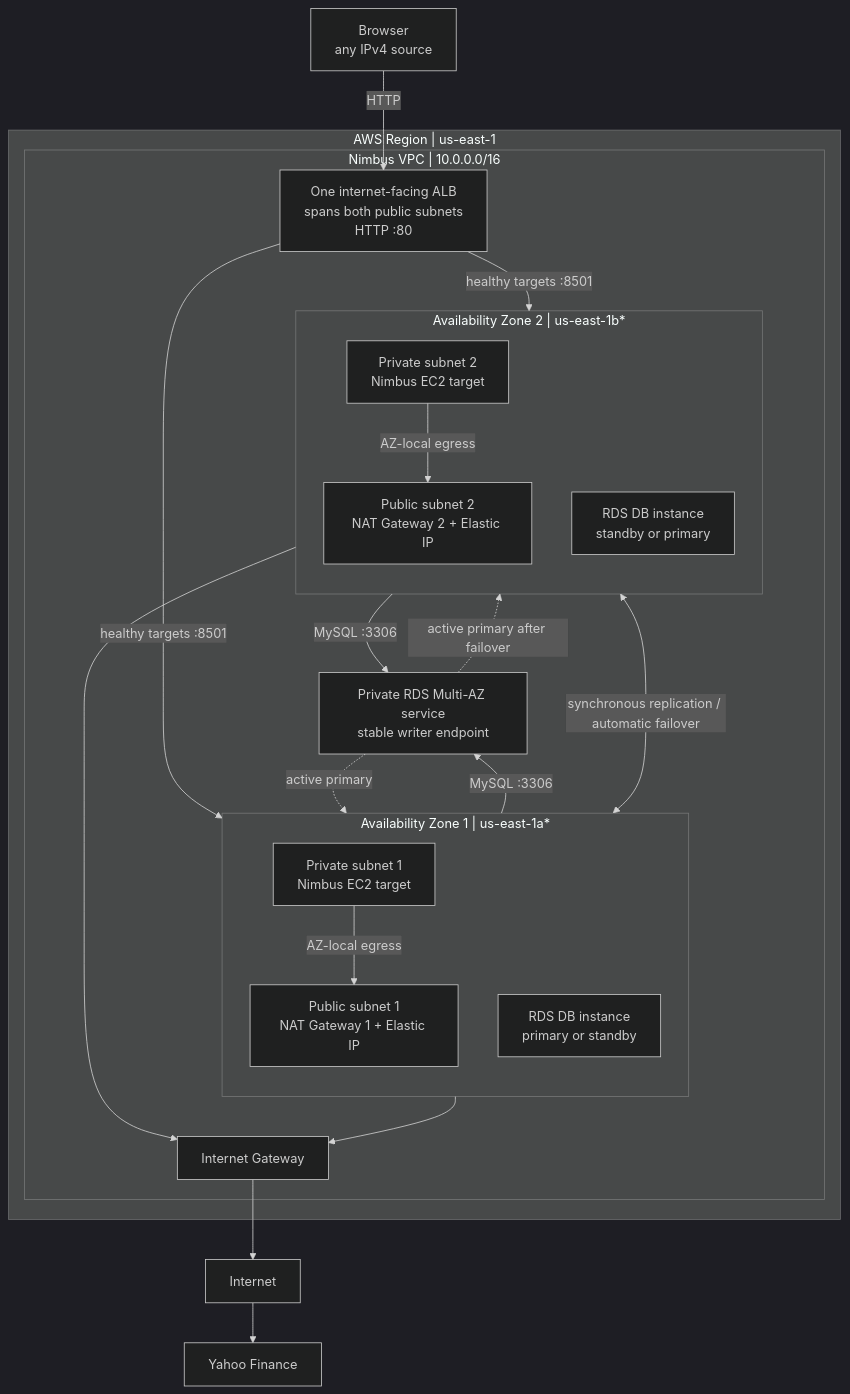
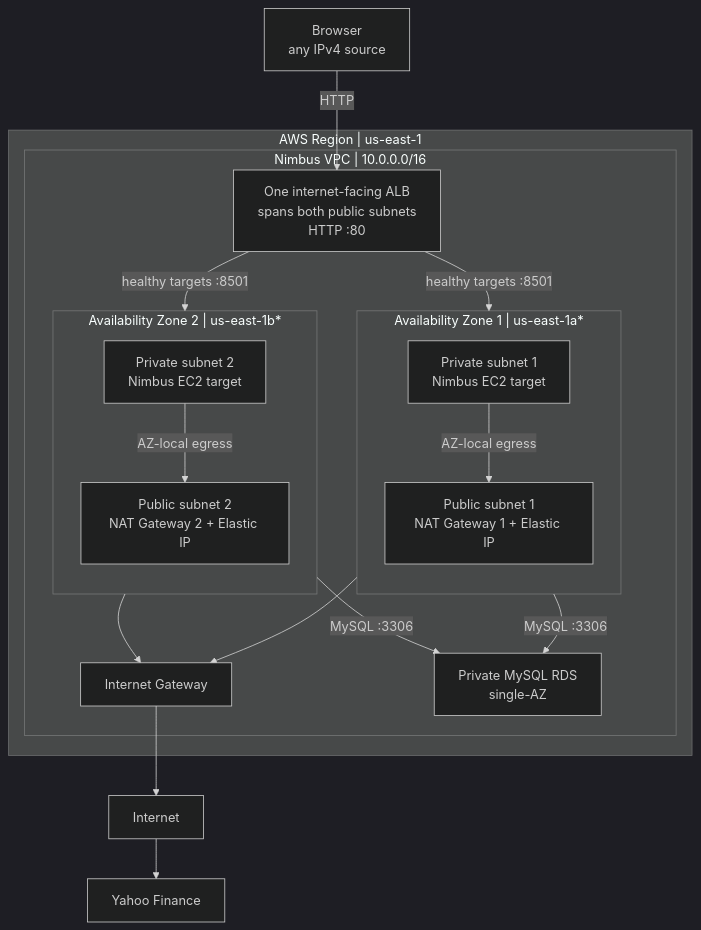
Before and after one commit to zihaow17/nimbus-app-ds600g5: the diagram in README.md, drawn with Mermaid (dark theme). The commit also changed other lines of this file and 1 other file, not shown here.

````diff
--- a/README.md
+++ b/README.md
@@ -22,44 +22,39 @@
 ```mermaid
 flowchart TB
     Client["Browser<br/>any IPv4 source"]
     Internet["Internet"]
     Yahoo["Yahoo Finance"]
 
     subgraph AWS["AWS Region | us-east-1"]
         subgraph VPC["Nimbus VPC | 10.0.0.0/16"]
             IGW["Internet Gateway"]
             ALB["One internet-facing ALB<br/>spans both public subnets<br/>HTTP :80"]
-            RDS["Private RDS Multi-AZ service<br/>stable writer endpoint"]
+            RDS["Private MySQL RDS<br/>single-AZ"]
 
             subgraph AZ1["Availability Zone 1 | us-east-1a*"]
                 direction TB
                 Pub1["Public subnet 1<br/>NAT Gateway 1 + Elastic IP"]
                 Priv1["Private subnet 1<br/>Nimbus EC2 target"]
-                DBInstance1["RDS DB instance<br/>primary or standby"]
             end
 
             subgraph AZ2["Availability Zone 2 | us-east-1b*"]
                 direction TB
                 Pub2["Public subnet 2<br/>NAT Gateway 2 + Elastic IP"]
                 Priv2["Private subnet 2<br/>Nimbus EC2 target"]
-                DBInstance2["RDS DB instance<br/>standby or primary"]
             end
         end
     end
 
     Client -->|HTTP| ALB
     ALB -->|healthy targets :8501| Priv1
     ALB -->|healthy targets :8501| Priv2
     Priv1 -->|MySQL :3306| RDS
     Priv2 -->|MySQL :3306| RDS
-    RDS -. active primary .-> DBInstance1
-    RDS -. active primary after failover .-> DBInstance2
-    DBInstance1 <-->|synchronous replication / automatic failover| DBInstance2
     Priv1 -->|AZ-local egress| Pub1
     Priv2 -->|AZ-local egress| Pub2
     Pub1 --> IGW
     Pub2 --> IGW
     IGW --> Internet
     Internet --> Yahoo
 
 ```
````
